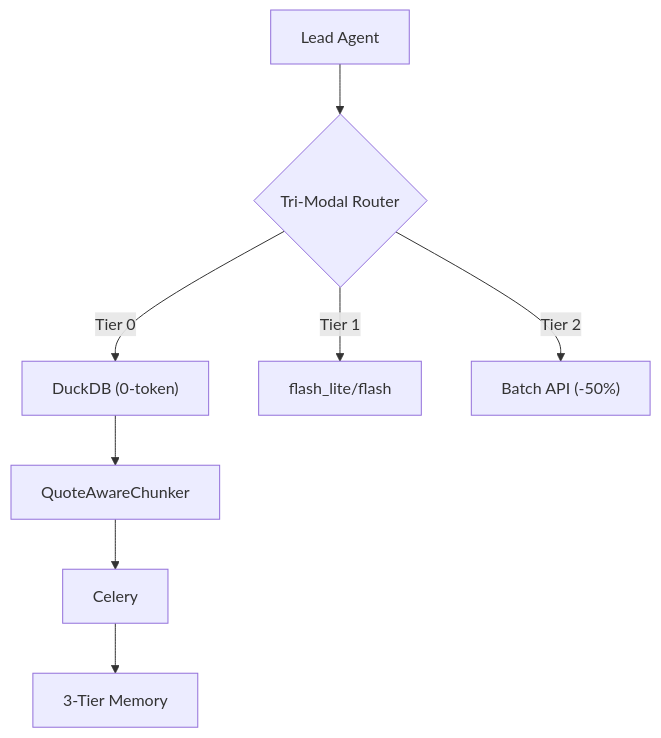
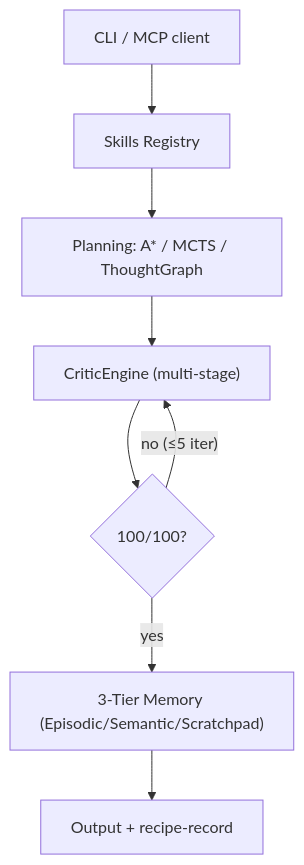
The diagram in README.md (Heizdoobert/Agent_update_smart_working), drawn with Mermaid before and after one commit. The commit also changed other lines of this file and 3 other files, not shown here.

Commit message:
docs-hygiene: dedup GEMINI/CLAUDE protocol, fix agent_plugin manifest, rewrite README to match live engine, refresh PROJECT_MAP

````diff
--- a/README.md
+++ b/README.md
@@ -41,8 +37,10 @@
 ```mermaid
 flowchart TD
-    Lead["Lead Agent"] --> Router{"Tri-Modal Router"}
-    Router -->|"Tier 0"| DuckDB["DuckDB (0-token)"]
-    Router -->|"Tier 1"| SubAgents["flash_lite/flash"]
-    Router -->|"Tier 2"| BatchQueue["Batch API (-50%)"]
-    DuckDB --> Chunker["QuoteAwareChunker"] --> Celery["Celery"] --> Memory["3-Tier Memory"]
+    CLI["CLI / MCP client"] --> SK["Skills Registry"]
+    SK --> PL["Planning: A* / MCTS / ThoughtGraph"]
+    PL --> CR["CriticEngine (multi-stage)"]
+    CR --> RF{"100/100?"}
+    RF -- "no (≤5 iter)" --> CR
+    RF -- "yes" --> MEM["3-Tier Memory (Episodic/Semantic/Scratchpad)"]
+    MEM --> OUT["Output + recipe-record"]
 ```
````
